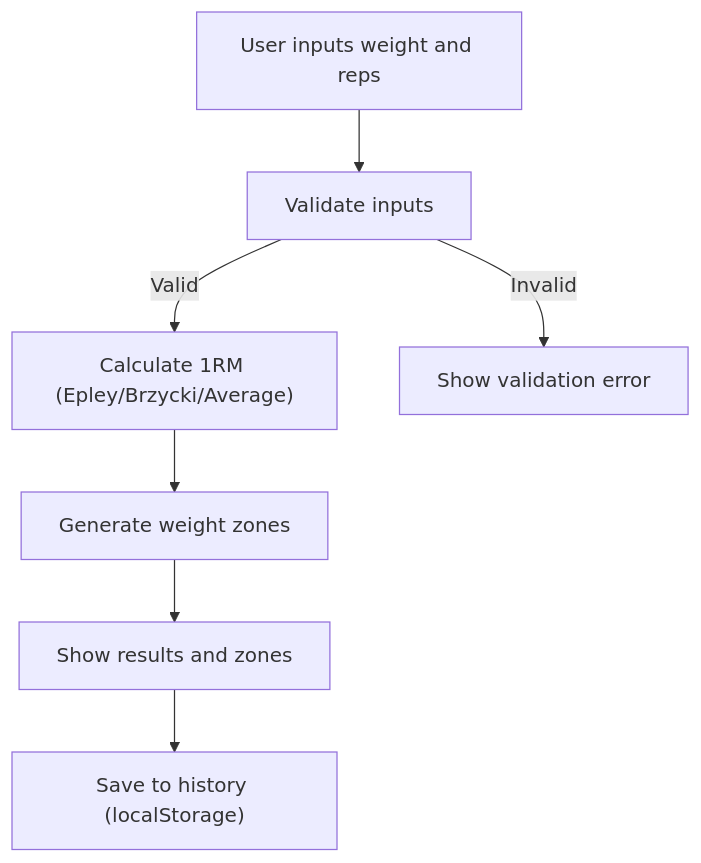
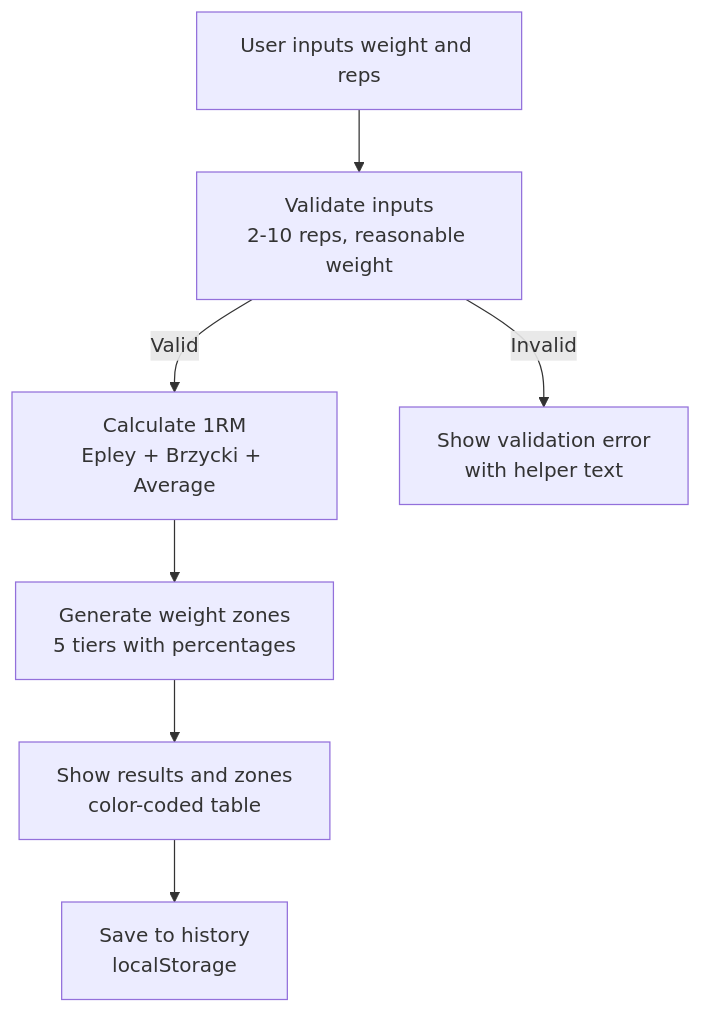
One commit to nilsnavi/fit_trackerpro changed the fifth of 7 diagrams in .qoder/repowiki/en/content/Feature Implementation/Analytics & Insights Dashboard.md. Above: the diagram before and after it, drawn with Mermaid. The commit also changed other lines of this file and 19 other files, not shown here.

````diff
--- a/.qoder/repowiki/en/content/Feature Implementation/Analytics & Insights Dashboard.md
+++ b/.qoder/repowiki/en/content/Feature Implementation/Analytics & Insights Dashboard.md
@@ -215,9 +274,9 @@
 ```mermaid
 flowchart TD
-Input["User inputs weight and reps"] --> Validate["Validate inputs"]
-Validate --> |Valid| Calc["Calculate 1RM (Epley/Brzycki/Average)"]
-Calc --> Zones["Generate weight zones"]
-Zones --> Display["Show results and zones"]
-Display --> Save["Save to history (localStorage)"]
-Validate --> |Invalid| Error["Show validation error"]
+Input["User inputs weight and reps"] --> Validate["Validate inputs<br/>2-10 reps, reasonable weight"]
+Validate --> |Valid| Calc["Calculate 1RM<br/>Epley + Brzycki + Average"]
+Calc --> Zones["Generate weight zones<br/>5 tiers with percentages"]
+Zones --> Display["Show results and zones<br/>color-coded table"]
+Display --> Save["Save to history<br/>localStorage"]
+Validate --> |Invalid| Error["Show validation error<br/>with helper text"]
 ```
````
